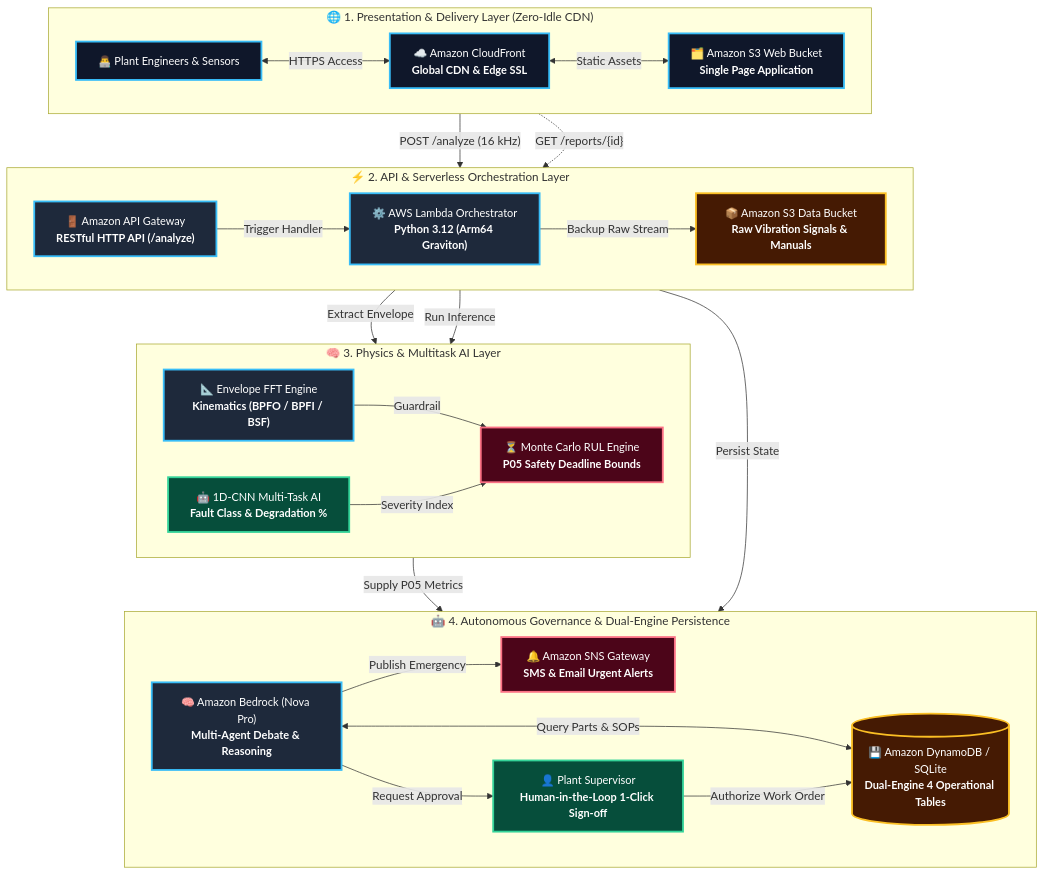
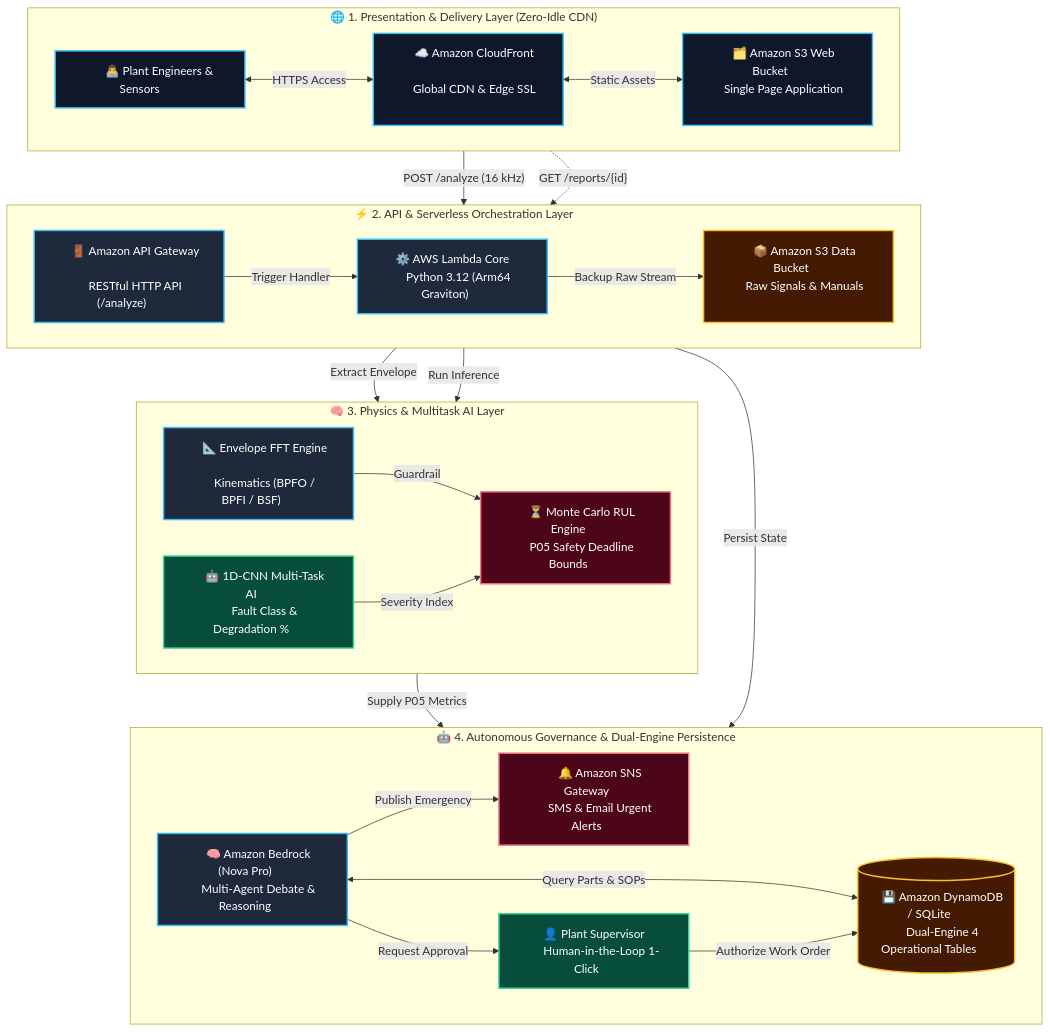
Before and after one commit to AungMoonLord/Predictive-Maintenance-Using-Vibration-Data: the diagram in PRESENTATION.md, drawn with Mermaid. The commit also changed 1 other file, not shown here.

Commit message:
docs: expand Mermaid node margins with generous padding to prevent text clipping on GitHub

````diff
--- a/PRESENTATION.md
+++ b/PRESENTATION.md
@@ -82,62 +82,62 @@
 ```mermaid
 flowchart TD
-    %% Modern High-Contrast Palette with Large Readable Typography
-    classDef edgeClass fill:#0F172A,stroke:#38BDF8,stroke-width:2.5px,color:#FFFFFF,font-size:15px;
-    classDef computeClass fill:#1E293B,stroke:#38BDF8,stroke-width:2.5px,color:#FFFFFF,font-size:15px;
-    classDef aiClass fill:#064E3B,stroke:#34D399,stroke-width:2.5px,color:#FFFFFF,font-size:15px;
-    classDef dangerClass fill:#4C0519,stroke:#FB7185,stroke-width:2.5px,color:#FFFFFF,font-size:15px;
-    classDef storageClass fill:#451A03,stroke:#FBBF24,stroke-width:2.5px,color:#FFFFFF,font-size:15px;
+    %% Clean High-Contrast Palette with Generous Edge Space
+    classDef edgeClass fill:#0F172A,stroke:#38BDF8,stroke-width:2px,color:#FFFFFF;
+    classDef computeClass fill:#1E293B,stroke:#38BDF8,stroke-width:2px,color:#FFFFFF;
+    classDef aiClass fill:#064E3B,stroke:#34D399,stroke-width:2px,color:#FFFFFF;
+    classDef dangerClass fill:#4C0519,stroke:#FB7185,stroke-width:2px,color:#FFFFFF;
+    classDef storageClass fill:#451A03,stroke:#FBBF24,stroke-width:2px,color:#FFFFFF;
 
     %% Level 1: Client & Delivery
     subgraph S1 ["🌐 1. Presentation & Delivery Layer (Zero-Idle CDN)"]
         direction LR
-        USER["👨‍💻 Plant Engineers & Sensors"]:::edgeClass
-        CF["☁️ Amazon CloudFront<br/><b>Global CDN & Edge SSL</b>"]:::edgeClass
-        S3W["🗂️ Amazon S3 Web Bucket<br/><b>Single Page Application</b>"]:::edgeClass
+        USER["&nbsp;&nbsp;&nbsp;&nbsp;&nbsp;&nbsp; 👨‍💻 Plant Engineers & Sensors &nbsp;&nbsp;&nbsp;&nbsp;&nbsp;&nbsp;"]:::edgeClass
+        CF["&nbsp;&nbsp;&nbsp;&nbsp; ☁️ Amazon CloudFront &nbsp;&nbsp;&nbsp;&nbsp;<br/>&nbsp;&nbsp;&nbsp;&nbsp; Global CDN & Edge SSL &nbsp;&nbsp;&nbsp;&nbsp;"]:::edgeClass
+        S3W["&nbsp;&nbsp;&nbsp;&nbsp; 🗂️ Amazon S3 Web Bucket &nbsp;&nbsp;&nbsp;&nbsp;<br/>&nbsp;&nbsp;&nbsp;&nbsp; Single Page Application &nbsp;&nbsp;&nbsp;&nbsp;"]:::edgeClass
         USER <-->|"HTTPS Access"| CF
         CF <-->|"Static Assets"| S3W
     end
 
     %% Level 2: API & Core Orchestration
     subgraph S2 ["⚡ 2. API & Serverless Orchestration Layer"]
         direction LR
-        APIGW["🚪 Amazon API Gateway<br/><b>RESTful HTTP API (/analyze)</b>"]:::computeClass
-        LAMBDA["⚙️ AWS Lambda Orchestrator<br/><b>Python 3.12 (Arm64 Graviton)</b>"]:::computeClass
-        S3DATA["📦 Amazon S3 Data Bucket<br/><b>Raw Vibration Signals & Manuals</b>"]:::storageClass
+        APIGW["&nbsp;&nbsp;&nbsp;&nbsp; 🚪 Amazon API Gateway &nbsp;&nbsp;&nbsp;&nbsp;<br/>&nbsp;&nbsp;&nbsp;&nbsp; RESTful HTTP API (/analyze) &nbsp;&nbsp;&nbsp;&nbsp;"]:::computeClass
+        LAMBDA["&nbsp;&nbsp;&nbsp;&nbsp; ⚙️ AWS Lambda Core &nbsp;&nbsp;&nbsp;&nbsp;<br/>&nbsp;&nbsp;&nbsp;&nbsp; Python 3.12 (Arm64 Graviton) &nbsp;&nbsp;&nbsp;&nbsp;"]:::computeClass
+        S3DATA["&nbsp;&nbsp;&nbsp;&nbsp; 📦 Amazon S3 Data Bucket &nbsp;&nbsp;&nbsp;&nbsp;<br/>&nbsp;&nbsp;&nbsp;&nbsp; Raw Signals & Manuals &nbsp;&nbsp;&nbsp;&nbsp;"]:::storageClass
         APIGW -->|"Trigger Handler"| LAMBDA
         LAMBDA -->|"Backup Raw Stream"| S3DATA
     end
 
     USER -->|"POST /analyze (16 kHz)"| APIGW
 
     %% Level 3: Physics & AI Prognostics
     subgraph S3 ["🧠 3. Physics & Multitask AI Layer"]
         direction LR
-        PHYSICS["📐 Envelope FFT Engine<br/><b>Kinematics (BPFO / BPFI / BSF)</b>"]:::computeClass
-        MTL["🤖 1D-CNN Multi-Task AI<br/><b>Fault Class & Degradation %</b>"]:::aiClass
-        RUL["⏳ Monte Carlo RUL Engine<br/><b>P05 Safety Deadline Bounds</b>"]:::dangerClass
+        PHYSICS["&nbsp;&nbsp;&nbsp;&nbsp; 📐 Envelope FFT Engine &nbsp;&nbsp;&nbsp;&nbsp;<br/>&nbsp;&nbsp;&nbsp;&nbsp; Kinematics (BPFO / BPFI / BSF) &nbsp;&nbsp;&nbsp;&nbsp;"]:::computeClass
+        MTL["&nbsp;&nbsp;&nbsp;&nbsp; 🤖 1D-CNN Multi-Task AI &nbsp;&nbsp;&nbsp;&nbsp;<br/>&nbsp;&nbsp;&nbsp;&nbsp; Fault Class & Degradation % &nbsp;&nbsp;&nbsp;&nbsp;"]:::aiClass
+        RUL["&nbsp;&nbsp;&nbsp;&nbsp; ⏳ Monte Carlo RUL Engine &nbsp;&nbsp;&nbsp;&nbsp;<br/>&nbsp;&nbsp;&nbsp;&nbsp; P05 Safety Deadline Bounds &nbsp;&nbsp;&nbsp;&nbsp;"]:::dangerClass
         PHYSICS -->|"Guardrail"| RUL
         MTL -->|"Severity Index"| RUL
     end
 
     LAMBDA -->|"Extract Envelope"| PHYSICS
     LAMBDA -->|"Run Inference"| MTL
 
     %% Level 4: Autonomous Governance & Persistence
     subgraph S4 ["🤖 4. Autonomous Governance & Dual-Engine Persistence"]
         direction LR
-        BEDROCK["🧠 Amazon Bedrock (Nova Pro)<br/><b>Multi-Agent Debate & Reasoning</b>"]:::computeClass
-        DDB[("💾 Amazon DynamoDB / SQLite<br/><b>Dual-Engine 4 Operational Tables</b>")]:::storageClass
-        SNS["🔔 Amazon SNS Gateway<br/><b>SMS & Email Urgent Alerts</b>"]:::dangerClass
-        HITL["👤 Plant Supervisor<br/><b>Human-in-the-Loop 1-Click Sign-off</b>"]:::aiClass
+        BEDROCK["&nbsp;&nbsp;&nbsp;&nbsp; 🧠 Amazon Bedrock (Nova Pro) &nbsp;&nbsp;&nbsp;&nbsp;<br/>&nbsp;&nbsp;&nbsp;&nbsp; Multi-Agent Debate & Reasoning &nbsp;&nbsp;&nbsp;&nbsp;"]:::computeClass
+        DDB[("&nbsp;&nbsp;&nbsp;&nbsp; 💾 Amazon DynamoDB / SQLite &nbsp;&nbsp;&nbsp;&nbsp;<br/>&nbsp;&nbsp;&nbsp;&nbsp; Dual-Engine 4 Operational Tables &nbsp;&nbsp;&nbsp;&nbsp;")]:::storageClass
+        SNS["&nbsp;&nbsp;&nbsp;&nbsp; 🔔 Amazon SNS Gateway &nbsp;&nbsp;&nbsp;&nbsp;<br/>&nbsp;&nbsp;&nbsp;&nbsp; SMS & Email Urgent Alerts &nbsp;&nbsp;&nbsp;&nbsp;"]:::dangerClass
+        HITL["&nbsp;&nbsp;&nbsp;&nbsp; 👤 Plant Supervisor &nbsp;&nbsp;&nbsp;&nbsp;<br/>&nbsp;&nbsp;&nbsp;&nbsp; Human-in-the-Loop 1-Click &nbsp;&nbsp;&nbsp;&nbsp;"]:::aiClass
 
         BEDROCK <-->|"Query Parts & SOPs"| DDB
         BEDROCK -->|"Publish Emergency"| SNS
         BEDROCK -->|"Request Approval"| HITL
         HITL -->|"Authorize Work Order"| DDB
     end
 
     RUL -->|"Supply P05 Metrics"| BEDROCK
     LAMBDA -->|"Persist State"| DDB
     USER -.->|"GET /reports/{id}"| APIGW
 ```
````
